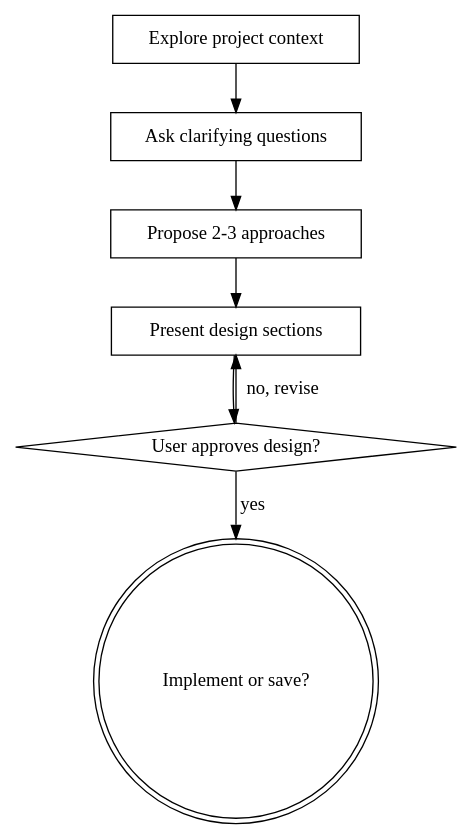
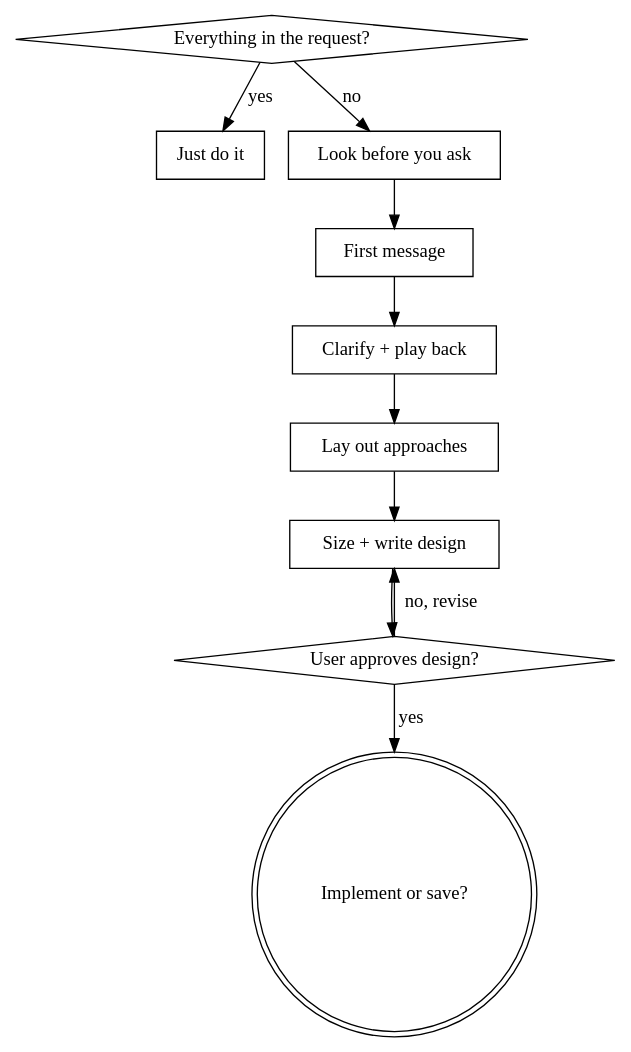
One commit to GuinsooRocky/ai-config changed the diagram in skills/brainstorm/SKILL.md. Above: the diagram before and after it, drawn with Graphviz. The commit also changed other lines of this file and 17 other files, not shown here.

````diff
--- a/skills/brainstorm/SKILL.md
+++ b/skills/brainstorm/SKILL.md
@@ -36,17 +36,23 @@
 ```dot
 digraph brainstorming {
-    "Explore project context" [shape=box];
-    "Ask clarifying questions" [shape=box];
-    "Propose 2-3 approaches" [shape=box];
-    "Present design sections" [shape=box];
+    "Everything in the request?" [shape=diamond];
+    "Just do it" [shape=box];
+    "Look before you ask" [shape=box];
+    "First message" [shape=box];
+    "Clarify + play back" [shape=box];
+    "Lay out approaches" [shape=box];
+    "Size + write design" [shape=box];
     "User approves design?" [shape=diamond];
     "Implement or save?" [shape=doublecircle];
 
-    "Explore project context" -> "Ask clarifying questions";
-    "Ask clarifying questions" -> "Propose 2-3 approaches";
-    "Propose 2-3 approaches" -> "Present design sections";
-    "Present design sections" -> "User approves design?";
-    "User approves design?" -> "Present design sections" [label="no, revise"];
+    "Everything in the request?" -> "Just do it" [label="yes"];
+    "Everything in the request?" -> "Look before you ask" [label="no"];
+    "Look before you ask" -> "First message";
+    "First message" -> "Clarify + play back";
+    "Clarify + play back" -> "Lay out approaches";
+    "Lay out approaches" -> "Size + write design";
+    "Size + write design" -> "User approves design?";
+    "User approves design?" -> "Size + write design" [label="no, revise"];
     "User approves design?" -> "Implement or save?" [label="yes"];
 }
 ```
````
